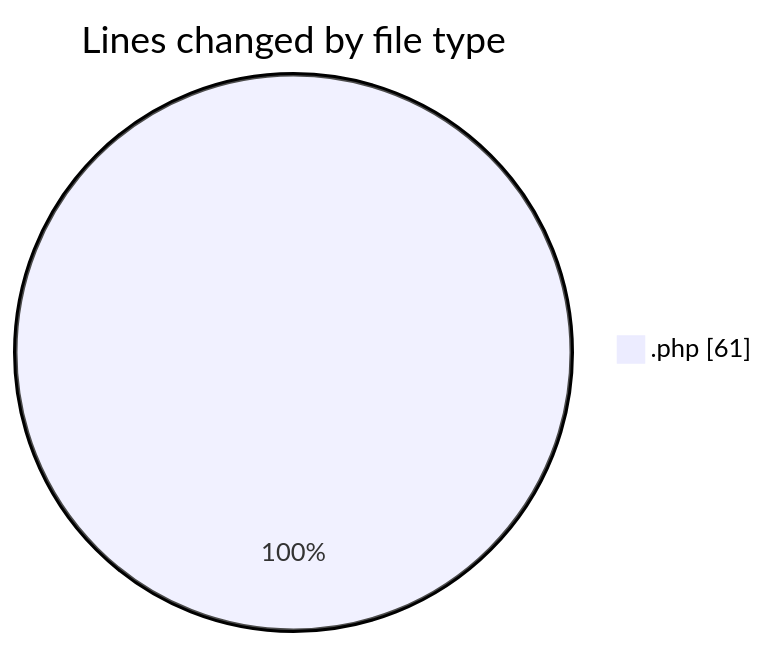
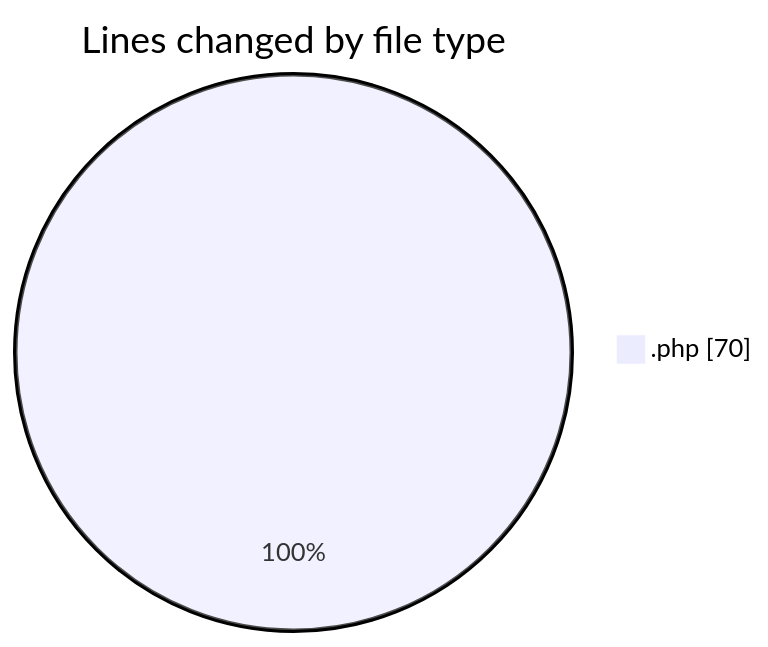
Before and after one commit to idhammustaqopulfikri/code-tracking: the first of 2 diagrams in 2025-03-31/autodidak/README.md, drawn with Mermaid. The commit also changed other lines of this file and 1 other file, not shown here.

````diff
--- a/2025-03-31/autodidak/README.md
+++ b/2025-03-31/autodidak/README.md
@@ -20,5 +20,5 @@
 ```mermaid
 pie showData
 title Lines changed by file type
-".php" : 61
+".php" : 70
 ```
````
